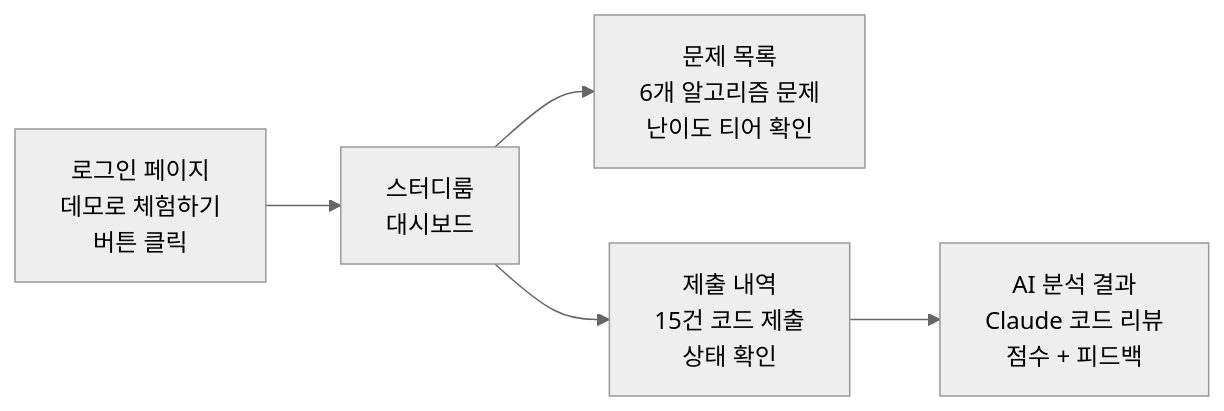
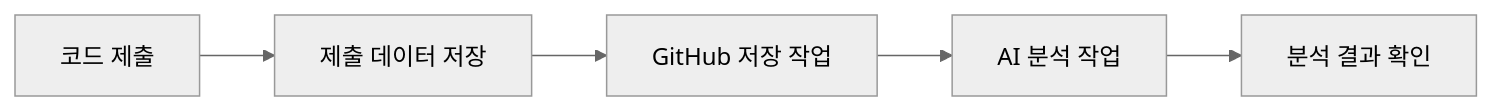
One commit to tpals0409/AlgoSu changed the third of 3 diagrams in README.md. Above: the diagram before and after it, drawn with Mermaid (neutral theme). The commit also changed other lines of this file, not shown here.

````diff
--- a/README.md
+++ b/README.md
@@ -40,7 +102,7 @@
 ```mermaid
 flowchart LR
-    A["로그인 페이지\n데모로 체험하기\n버튼 클릭"] --> B["스터디룸\n대시보드"]
-    B --> C["문제 목록\n6개 알고리즘 문제\n난이도 티어 확인"]
-    B --> D["제출 내역\n15건 코드 제출\n상태 확인"]
-    D --> E["AI 분석 결과\nClaude 코드 리뷰\n점수 + 피드백"]
+    A[코드 제출] --> B[제출 데이터 저장]
+    B --> C[GitHub 저장 작업]
+    C --> D[AI 분석 작업]
+    D --> E[분석 결과 확인]
 ```
````
